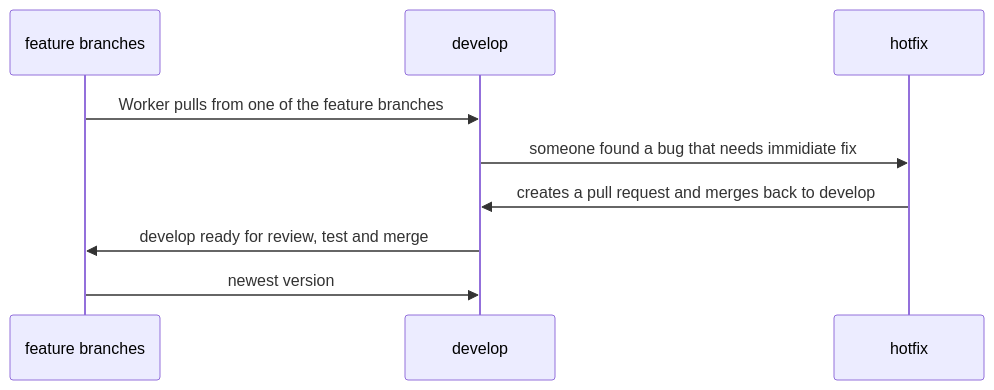
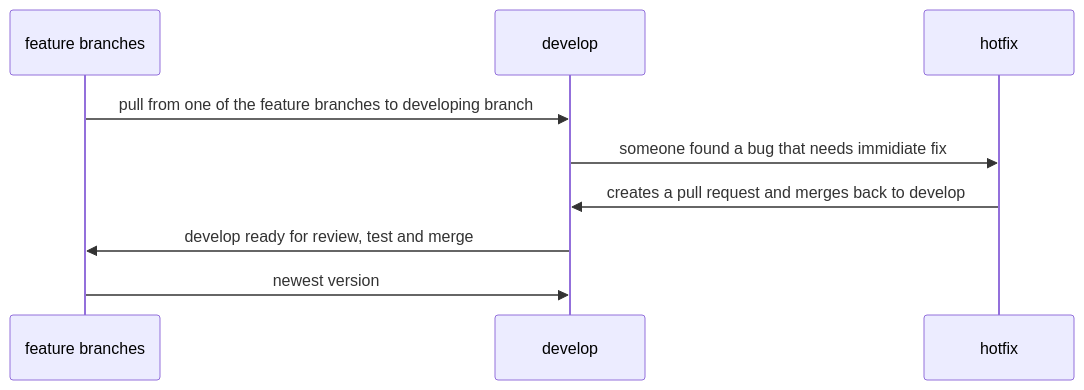
Before and after one commit to BulletStormXT/simon-says: the diagram in README.md, drawn with Mermaid. The commit also changed other lines of this file, not shown here.

````diff
--- a/README.md
+++ b/README.md
@@ -15,11 +30,11 @@
 ```mermaid
 sequenceDiagram
     participant feature branches
     participant develop
     participant hotfix
-    feature branches->>develop: Worker pulls from one of the feature branches
+    feature branches->>develop: pull from one of the feature branches to developing branch
     develop->>hotfix: someone found a bug that needs immidiate fix
     hotfix->>develop: creates a pull request and merges back to develop
     develop->>feature branches: develop ready for review, test and merge
     feature branches->>develop: newest version
 ```
````
